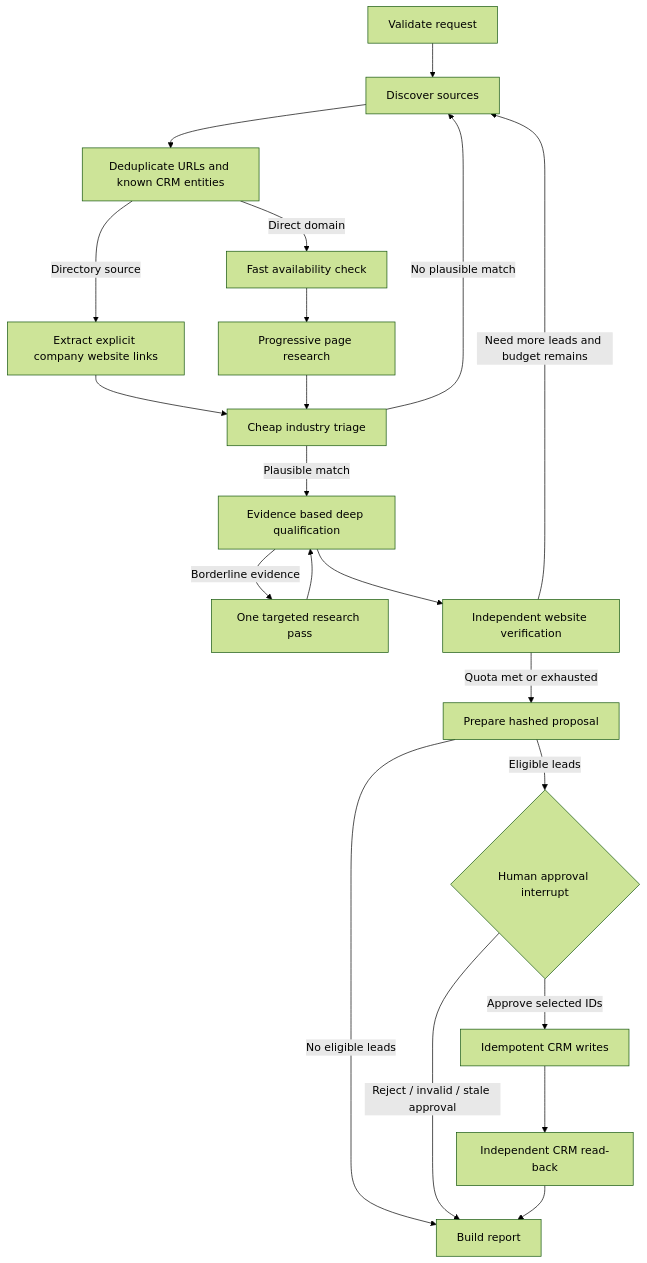
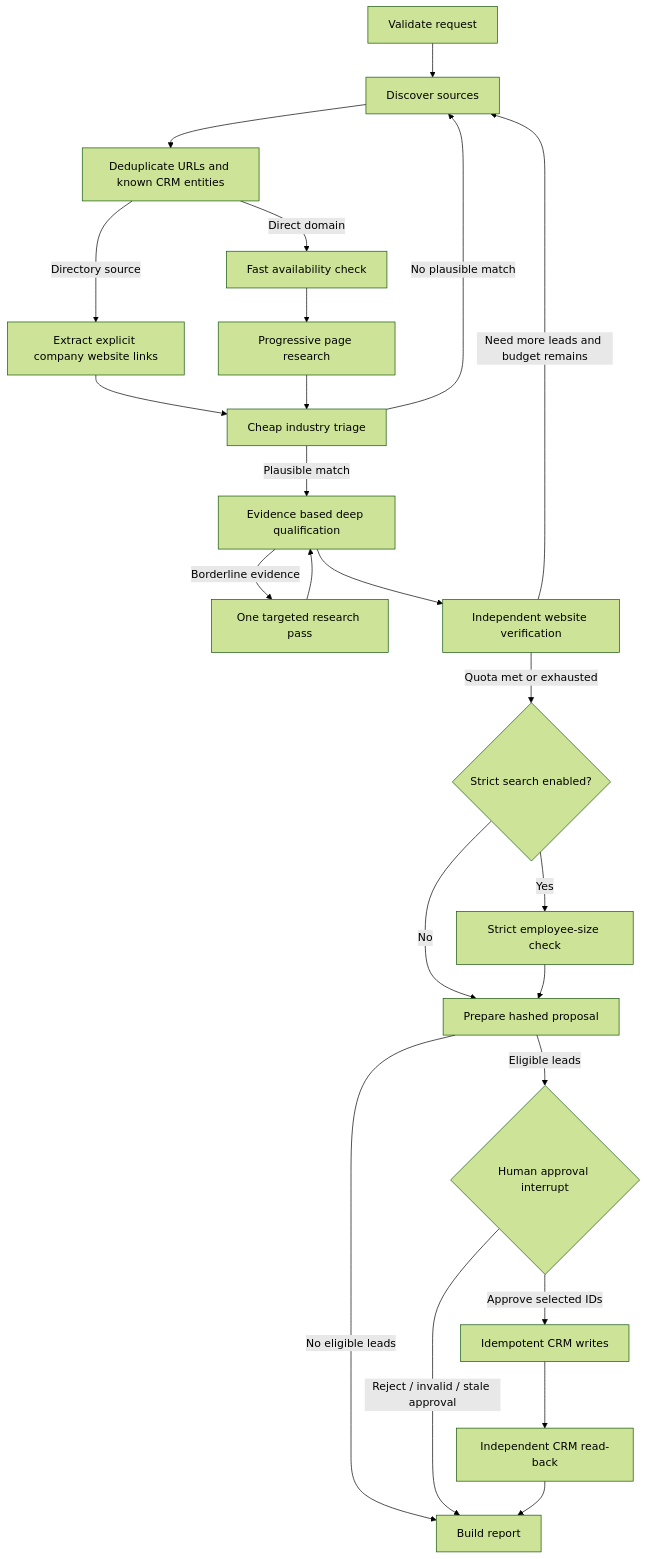
Before and after one commit to im1-omkar/finding-leads: the diagram in lead-research-crm-loader/ARCHITECTURE.md, drawn with Mermaid (forest theme). The commit also changed other lines of this file and 5 other files, not shown here.

````diff
--- a/lead-research-crm-loader/ARCHITECTURE.md
+++ b/lead-research-crm-loader/ARCHITECTURE.md
@@ -32,23 +33,26 @@
 ```mermaid
 flowchart TD
     A[Validate request] --> B[Discover sources]
     B --> C[Deduplicate URLs and known CRM entities]
     C -->|Directory source| D[Extract explicit company website links]
     D --> G[Cheap industry triage]
     C -->|Direct domain| E[Fast availability check]
     E --> F[Progressive page research]
     F --> G
     G -->|Plausible match| H[Evidence based deep qualification]
     G -->|No plausible match| B
     H -->|Borderline evidence| I[One targeted research pass]
     I --> H
     H --> J[Independent website verification]
     J -->|Need more leads and budget remains| B
-    J -->|Quota met or exhausted| K[Prepare hashed proposal]
-    K -->|No eligible leads| P[Build report]
-    K -->|Eligible leads| L{Human approval interrupt}
+    J -->|Quota met or exhausted| X{Strict search enabled?}
+    X -->|Yes| K[Strict employee-size check]
+    X -->|No| Y[Prepare hashed proposal]
+    K --> Y
+    Y -->|No eligible leads| P[Build report]
+    Y -->|Eligible leads| L{Human approval interrupt}
     L -->|Reject / invalid / stale approval| P
     L -->|Approve selected IDs| M[Idempotent CRM writes]
     M --> N[Independent CRM read-back]
     N --> P
 ```
````
